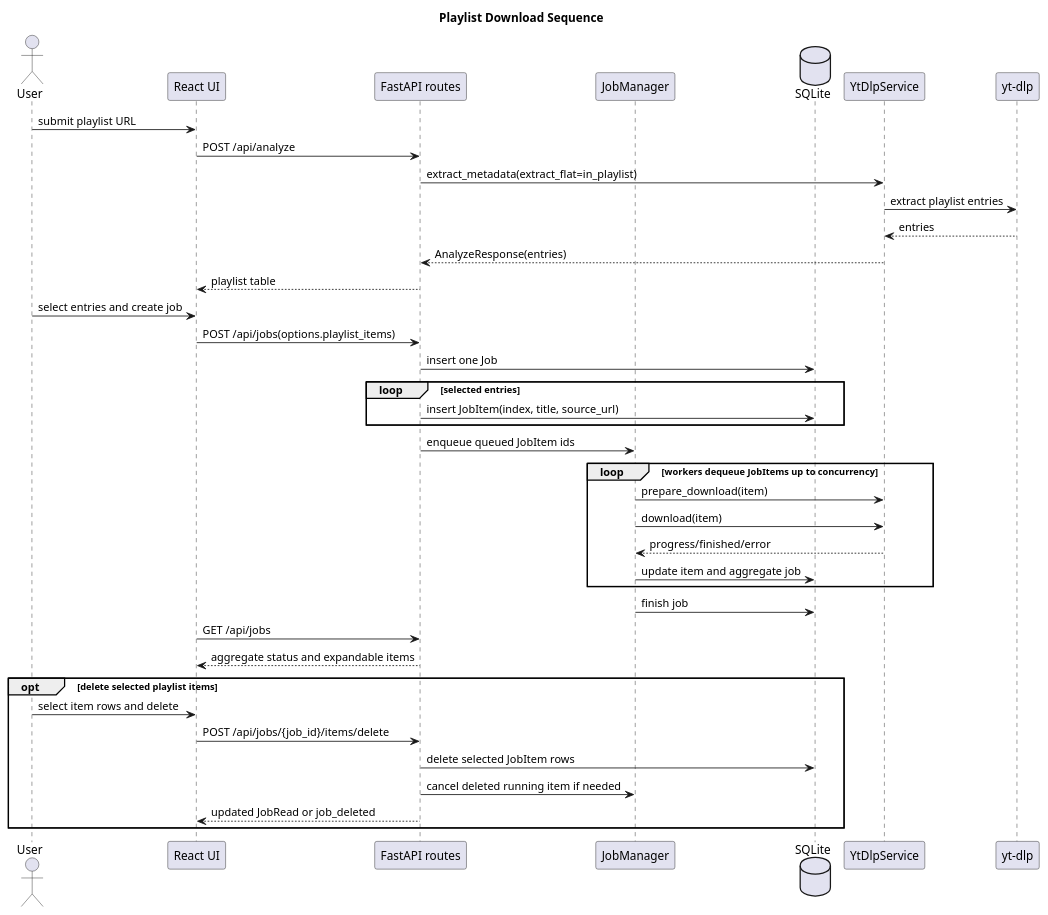
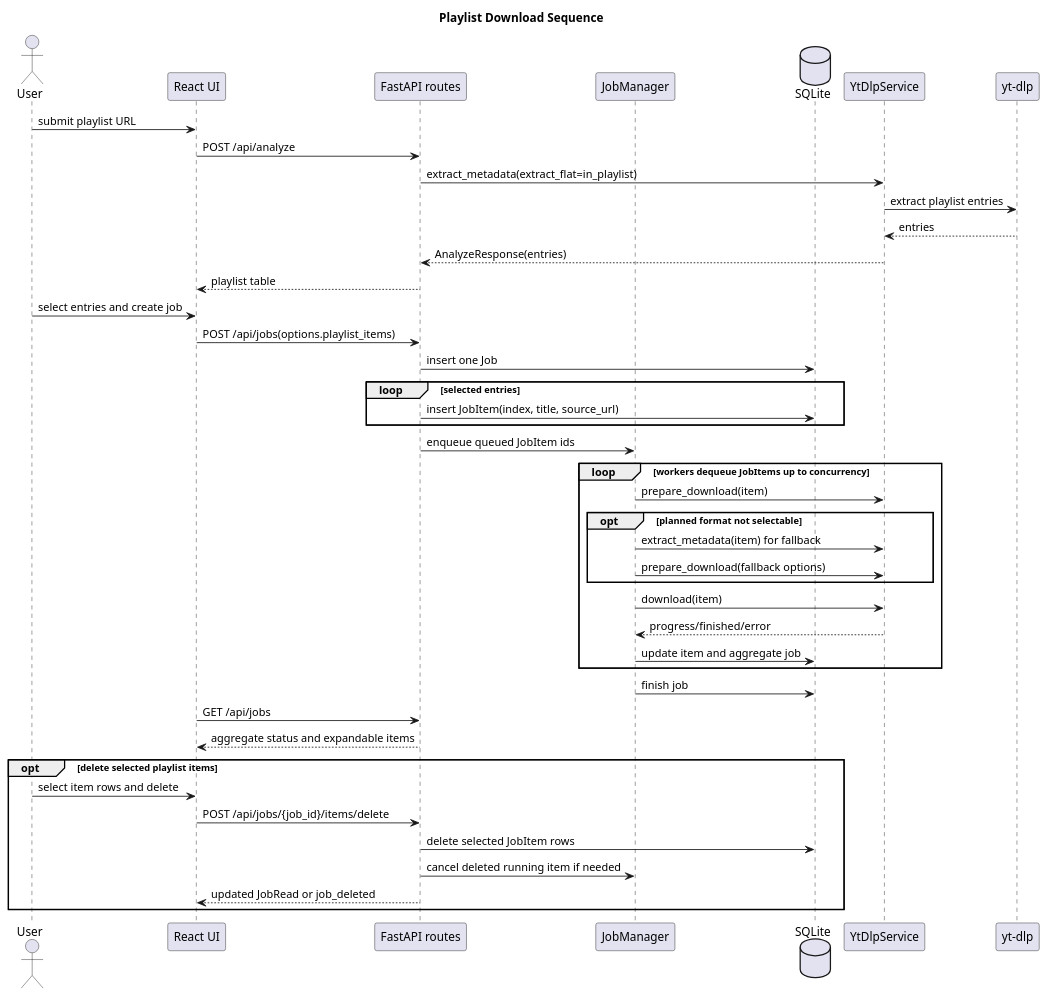
One commit to hnucjx/Design-and-Implementation-of-Database-Watermarking-Algorithms-Resistant-to-Brute-Force-Attacks. changed the diagram in docs/diagrams/playlist-sequence.puml. Above: the diagram before and after it, drawn with PlantUML. The commit also changed 9 other files, not shown here.

Commit message:
perf: skip extra YouTube extract when format is selectable

```diff
--- a/docs/diagrams/playlist-sequence.puml
+++ b/docs/diagrams/playlist-sequence.puml
@@ -1,47 +1,51 @@
 @startuml
 title Playlist Download Sequence
 skinparam shadowing false
 
 actor User
 participant "React UI" as UI
 participant "FastAPI routes" as API
 participant "JobManager" as Manager
 database "SQLite" as DB
 participant "YtDlpService" as Service
 participant "yt-dlp" as YTDLP
 
 User -> UI : submit playlist URL
 UI -> API : POST /api/analyze
 API -> Service : extract_metadata(extract_flat=in_playlist)
 Service -> YTDLP : extract playlist entries
 YTDLP --> Service : entries
 Service --> API : AnalyzeResponse(entries)
 API --> UI : playlist table
 
 User -> UI : select entries and create job
 UI -> API : POST /api/jobs(options.playlist_items)
 API -> DB : insert one Job
 loop selected entries
   API -> DB : insert JobItem(index, title, source_url)
 end
 API -> Manager : enqueue queued JobItem ids
 
 loop workers dequeue JobItems up to concurrency
   Manager -> Service : prepare_download(item)
+  opt planned format not selectable
+    Manager -> Service : extract_metadata(item) for fallback
+    Manager -> Service : prepare_download(fallback options)
+  end
   Manager -> Service : download(item)
   Service --> Manager : progress/finished/error
   Manager -> DB : update item and aggregate job
 end
 
 Manager -> DB : finish job
 UI -> API : GET /api/jobs
 API --> UI : aggregate status and expandable items
 
 opt delete selected playlist items
   User -> UI : select item rows and delete
   UI -> API : POST /api/jobs/{job_id}/items/delete
   API -> DB : delete selected JobItem rows
   API -> Manager : cancel deleted running item if needed
   API --> UI : updated JobRead or job_deleted
 end
 @enduml
```
